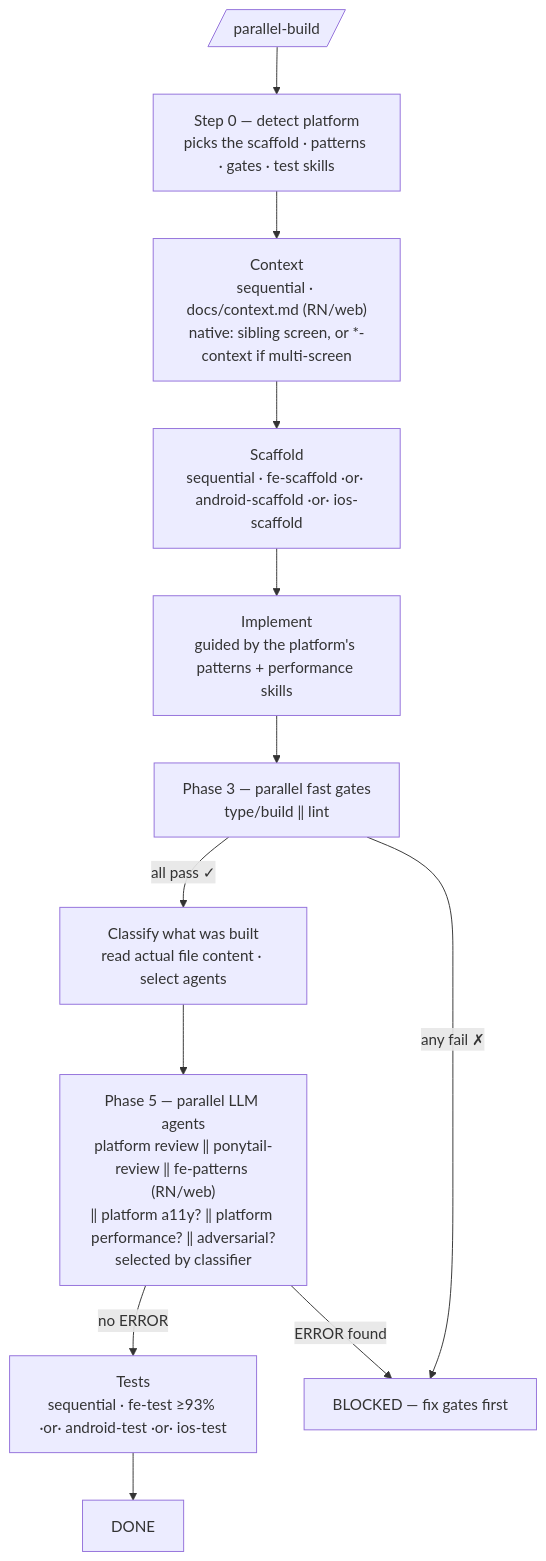
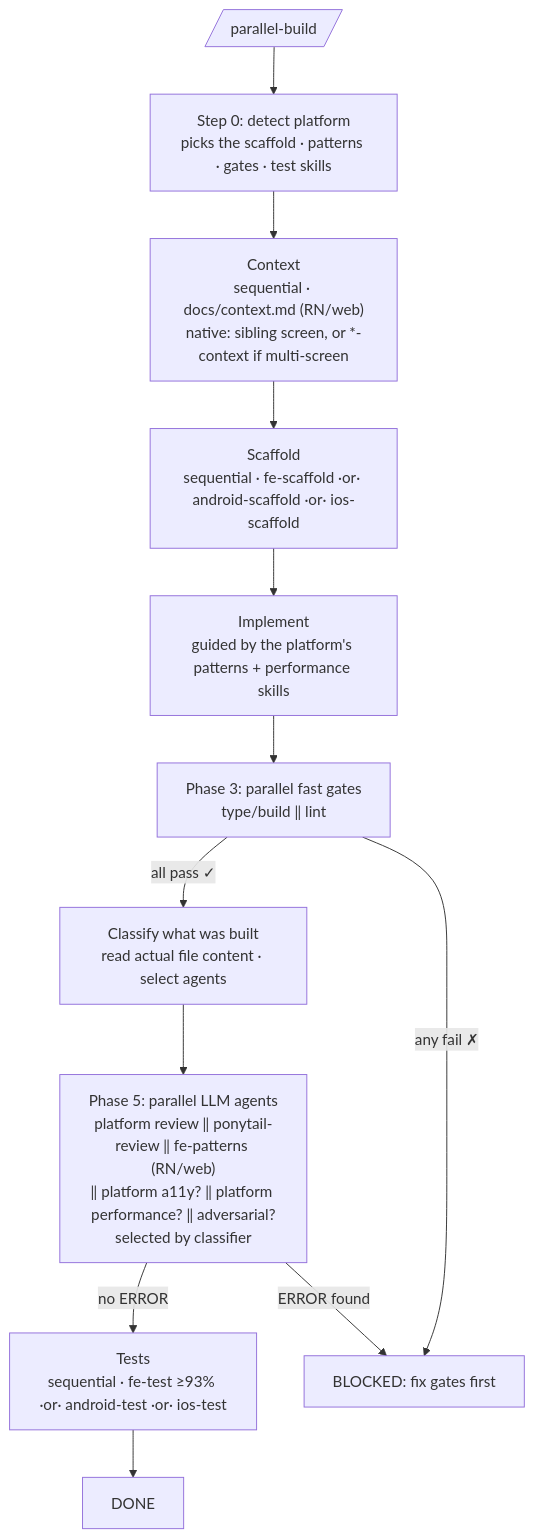
One commit to raditia/CraftKit changed the fourth of 13 diagrams in README.md. Above: the diagram before and after it, drawn with Mermaid. The commit also changed other lines of this file and 79 other files, not shown here.

First line of the commit message:
feat: grill gaps, em-dash sweep, graphify wiring (v1.29.0)

````diff
--- a/README.md
+++ b/README.md
@@ -255,14 +255,14 @@
 ```mermaid
 flowchart TD
-    A[/parallel-build/] --> P["Step 0 — detect platform\npicks the scaffold · patterns · gates · test skills"]
+    A[/parallel-build/] --> P["Step 0: detect platform\npicks the scaffold · patterns · gates · test skills"]
     P --> B["Context\nsequential · docs/context.md (RN/web)\nnative: sibling screen, or *-context if multi-screen"]
     B --> C["Scaffold\nsequential · fe-scaffold ·or· android-scaffold ·or· ios-scaffold"]
     C --> D["Implement\nguided by the platform's patterns + performance skills"]
-    D --> E["Phase 3 — parallel fast gates\ntype/build ‖ lint"]
+    D --> E["Phase 3: parallel fast gates\ntype/build ‖ lint"]
     E -->|all pass ✓| F["Classify what was built\nread actual file content · select agents"]
-    F --> G["Phase 5 — parallel LLM agents\nplatform review ‖ ponytail-review ‖ fe-patterns (RN/web)\n‖ platform a11y? ‖ platform performance? ‖ adversarial?\nselected by classifier"]
+    F --> G["Phase 5: parallel LLM agents\nplatform review ‖ ponytail-review ‖ fe-patterns (RN/web)\n‖ platform a11y? ‖ platform performance? ‖ adversarial?\nselected by classifier"]
     G -->|no ERROR| H["Tests\nsequential · fe-test ≥93% ·or· android-test ·or· ios-test"]
     H --> I[DONE]
-    E -->|any fail ✗| J[BLOCKED — fix gates first]
+    E -->|any fail ✗| J["BLOCKED: fix gates first"]
     G -->|ERROR found| J
 ```
````
